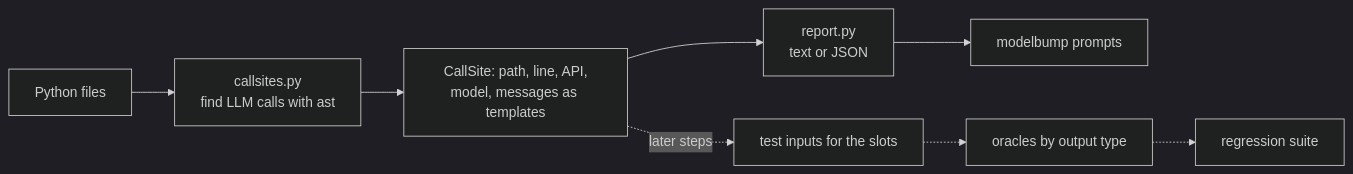
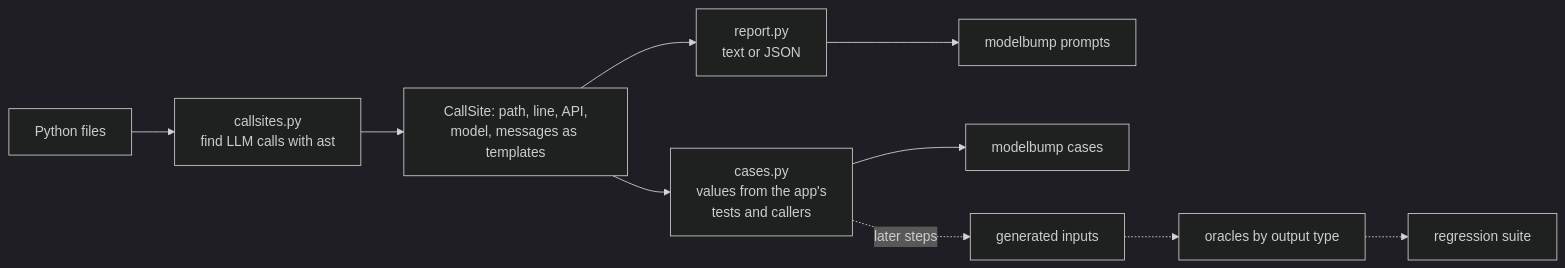
The diagram in docs/architecture/synth.md (actions-marketplace-validations/imhammad_modelbump), drawn with Mermaid (dark theme) before and after one commit. The commit also changed other lines of this file and 12 other files, not shown here.

First line of the commit message:
feat(synth): test inputs from the app's own tests and callers (#71)

````diff
--- a/docs/architecture/synth.md
+++ b/docs/architecture/synth.md
@@ -7,10 +7,12 @@
 ```mermaid
 flowchart LR
     repo[Python files] --> calls[callsites.py<br/>find LLM calls with ast]
     calls --> sites[CallSite: path, line, API,<br/>model, messages as templates]
     sites --> report[report.py<br/>text or JSON]
     report --> cli[modelbump prompts]
-    sites -.later steps.-> inputs[test inputs for the slots]
-    inputs -.-> oracles[oracles by output type]
+    sites --> cases[cases.py<br/>values from the app's<br/>tests and callers]
+    cases --> cli2[modelbump cases]
+    cases -.later steps.-> generated[generated inputs]
+    generated -.-> oracles[oracles by output type]
     oracles -.-> suite[regression suite]
 ```
````
